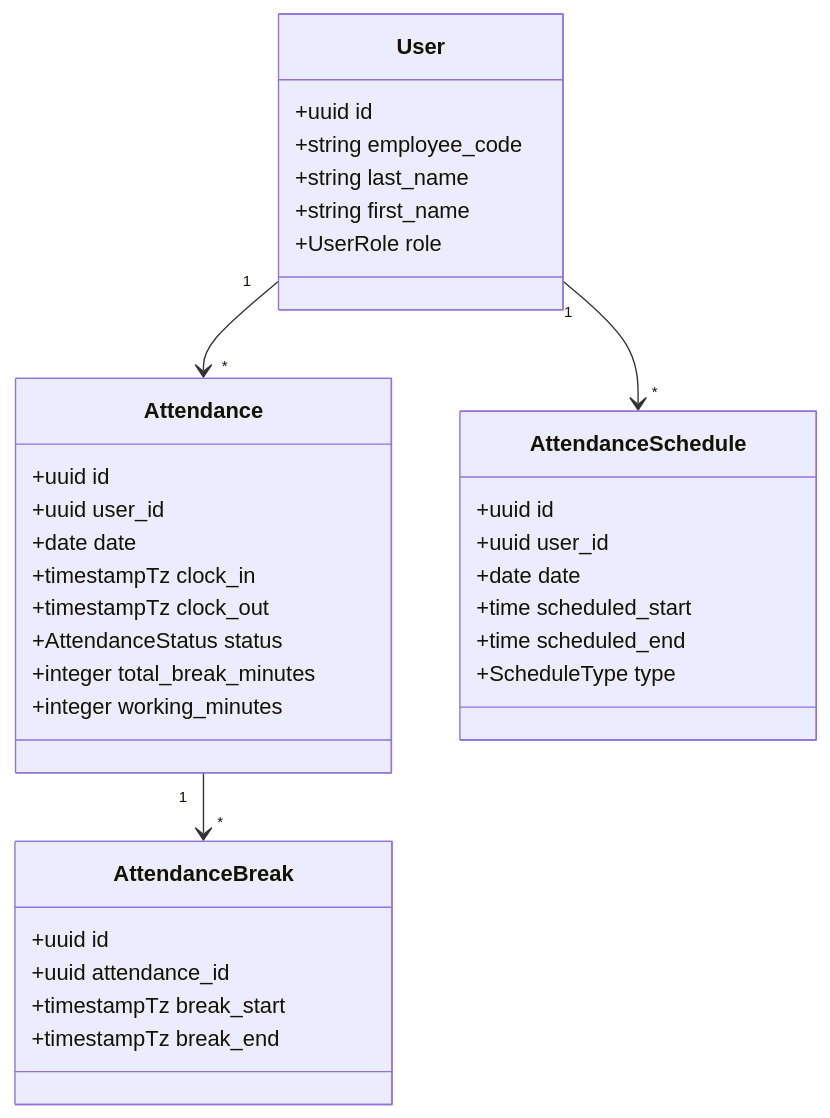
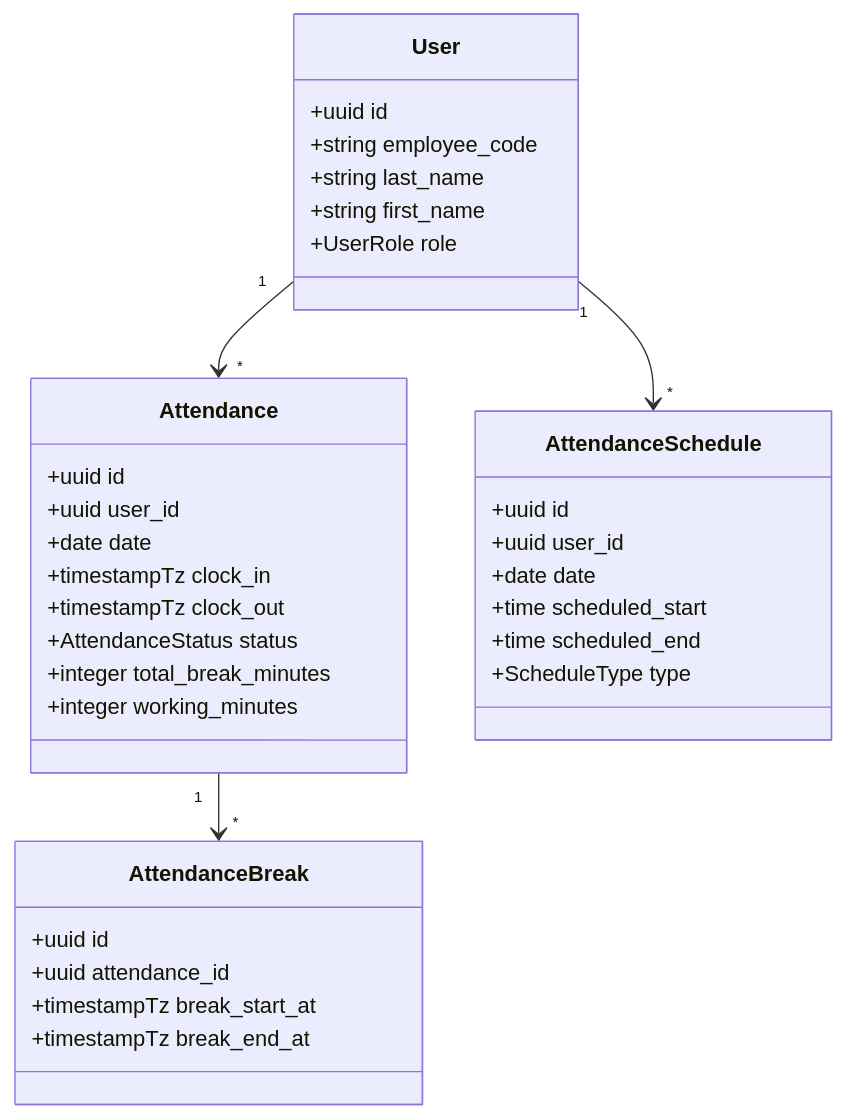
One commit to miyazakisora111/time-attendance changed the first of 3 diagrams in docs/dev/attendance-domain-model.md. Above: the diagram before and after it, drawn with Mermaid. The commit also changed other lines of this file and 28 other files, not shown here.

````diff
--- a/docs/dev/attendance-domain-model.md
+++ b/docs/dev/attendance-domain-model.md
@@ -9,41 +9,41 @@
 ```mermaid
 classDiagram
     class User {
         +uuid id
         +string employee_code
         +string last_name
         +string first_name
         +UserRole role
     }
 
     class Attendance {
         +uuid id
         +uuid user_id
         +date date
         +timestampTz clock_in
         +timestampTz clock_out
         +AttendanceStatus status
         +integer total_break_minutes
         +integer working_minutes
     }
 
     class AttendanceBreak {
         +uuid id
         +uuid attendance_id
-        +timestampTz break_start
-        +timestampTz break_end
+        +timestampTz break_start_at
+        +timestampTz break_end_at
     }
 
     class AttendanceSchedule {
         +uuid id
         +uuid user_id
         +date date
         +time scheduled_start
         +time scheduled_end
         +ScheduleType type
     }
 
     User "1" --> "*" Attendance
     User "1" --> "*" AttendanceSchedule
     Attendance "1" --> "*" AttendanceBreak
 ```
````
